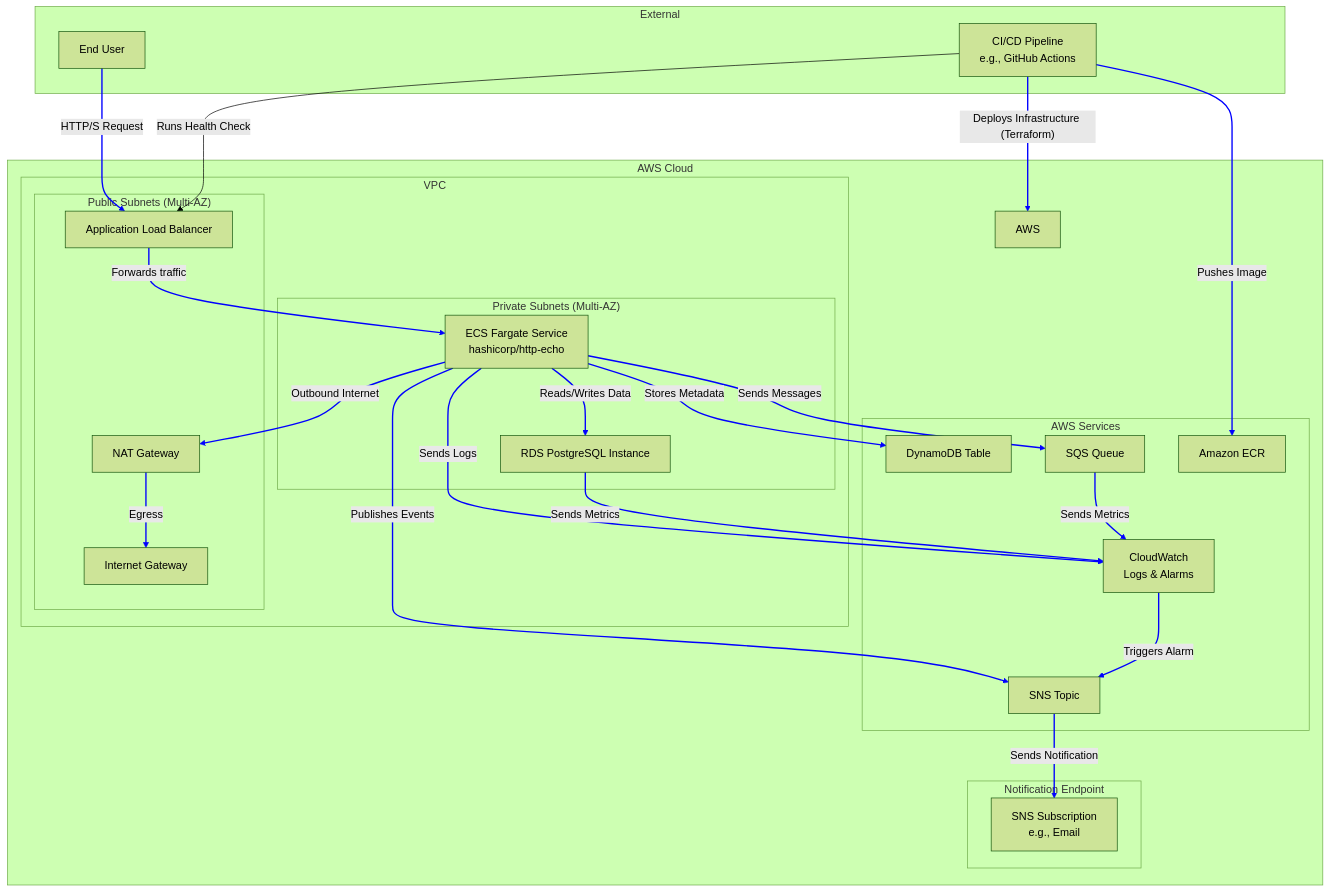
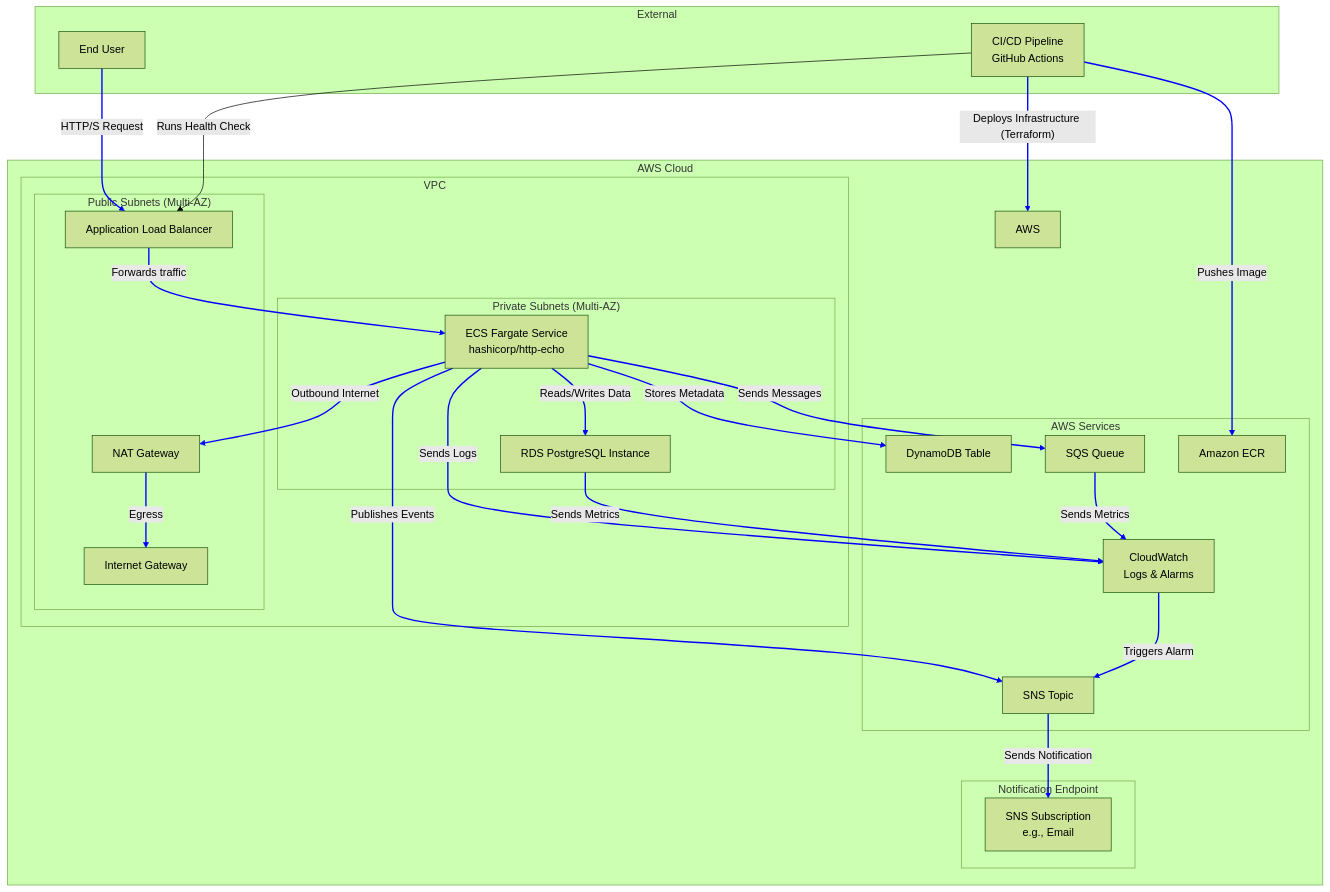
Before and after one commit to adyoli/AWS-Messaging-System-Infrastructure: the diagram in README.md, drawn with Mermaid (forest theme).

Commit message:
updated readme to lose eg in mermaid

````diff
--- a/README.md
+++ b/README.md
@@ -18,55 +18,55 @@
 ```mermaid
 graph TD
     subgraph "External"
         User[End User]
-        CICD[CI/CD Pipeline <br> e.g., GitHub Actions]
+        CICD[CI/CD Pipeline <br> GitHub Actions]
     end
 
     subgraph "AWS Cloud"
         subgraph "VPC"
             subgraph "Public Subnets (Multi-AZ)"
                 ALB[Application Load Balancer]
                 NAT[NAT Gateway]
                 IGW[Internet Gateway]
             end
 
             subgraph "Private Subnets (Multi-AZ)"
                 ECS[ECS Fargate Service <br> hashicorp/http-echo]
                 RDS[RDS PostgreSQL Instance]
             end
         end
 
         subgraph "AWS Services"
             DynamoDB[DynamoDB Table]
             SQS[SQS Queue]
             SNS[SNS Topic]
             CloudWatch[CloudWatch <br> Logs & Alarms]
             ECR[Amazon ECR]
         end
 
         subgraph "Notification Endpoint"
             Subscription[SNS Subscription <br> e.g., Email]
         end
 
 
         User -- HTTP/S Request --> ALB
         ALB -- Forwards traffic --> ECS
         ECS -- Outbound Internet --> NAT -- Egress --> IGW
         ECS -- Reads/Writes Data --> RDS
         ECS -- Stores Metadata --> DynamoDB
         ECS -- Sends Messages --> SQS
         ECS -- Publishes Events --> SNS
         ECS -- Sends Logs --> CloudWatch
 
         RDS -- Sends Metrics --> CloudWatch
         SQS -- Sends Metrics --> CloudWatch
         CloudWatch -- Triggers Alarm --> SNS
         SNS -- Sends Notification --> Subscription
 
         CICD -- Pushes Image --> ECR
         CICD -- Deploys Infrastructure (Terraform) --> AWS
         CICD -- Runs Health Check --> ALB
     end
 
     linkStyle 0,1,2,3,4,5,6,7,8,9,10,11,12,13,14 stroke-width:2px,fill:none,stroke:blue;
 ```
````
